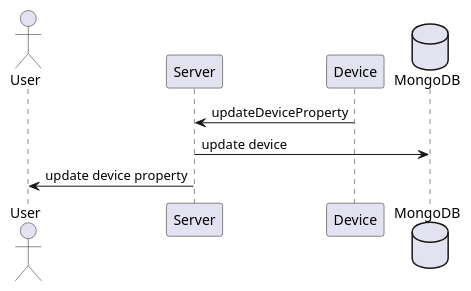
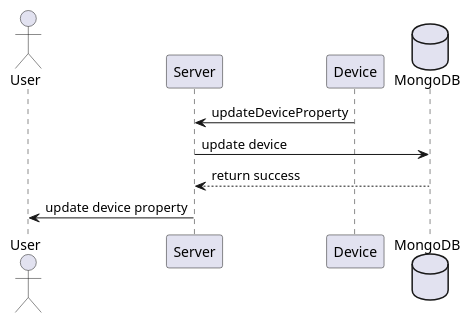
Before and after one commit to DomoticASW/.github: the diagram in diagrams/src/device_properties.puml, drawn with PlantUML. The commit also changed 5 other files, not shown here.

Commit message:
Add users registration sequence diagram

```diff
--- a/diagrams/src/device_properties.puml
+++ b/diagrams/src/device_properties.puml
@@ -1,12 +1,13 @@
 @startuml device_properties
 
 actor User as user
 participant Server as server
 participant Device as device
 database MongoDB as mongo
 
 device -> server: updateDeviceProperty
 server -> mongo: update device
+mongo --> server: return success
 server -> user: update device property
 
 @enduml
```
